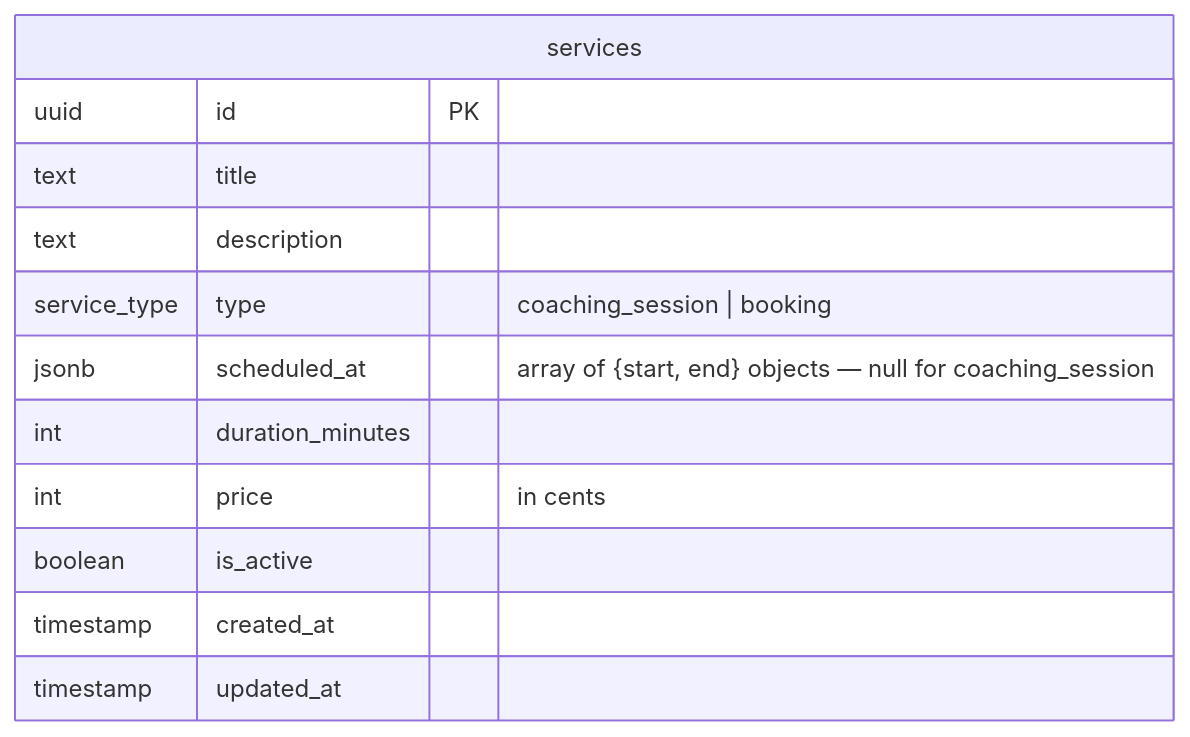
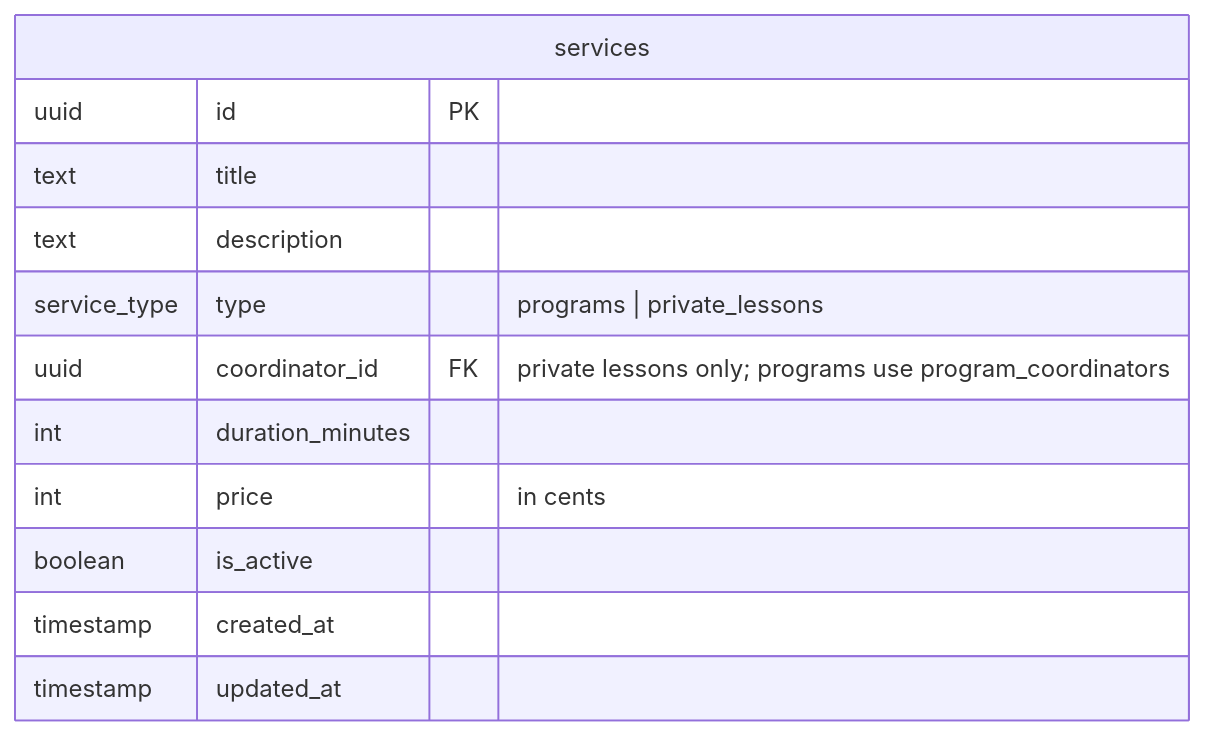
The first of 2 diagrams in docs/services.md (hack4impact/mcld-project), drawn with Mermaid before and after one commit. The commit also changed other lines of this file and 28 other files, not shown here.

````diff
--- a/docs/services.md
+++ b/docs/services.md
@@ -9,15 +9,15 @@
 ```mermaid
 erDiagram
     services {
         uuid id PK
         text title
         text description
-        service_type type "coaching_session | booking"
-        jsonb scheduled_at "array of {start, end} objects — null for coaching_session"
+        service_type type "programs | private_lessons"
+        uuid coordinator_id FK "private lessons only; programs use program_coordinators"
         int duration_minutes
         int price "in cents"
         boolean is_active
         timestamp created_at
         timestamp updated_at
     }
 ```
````
